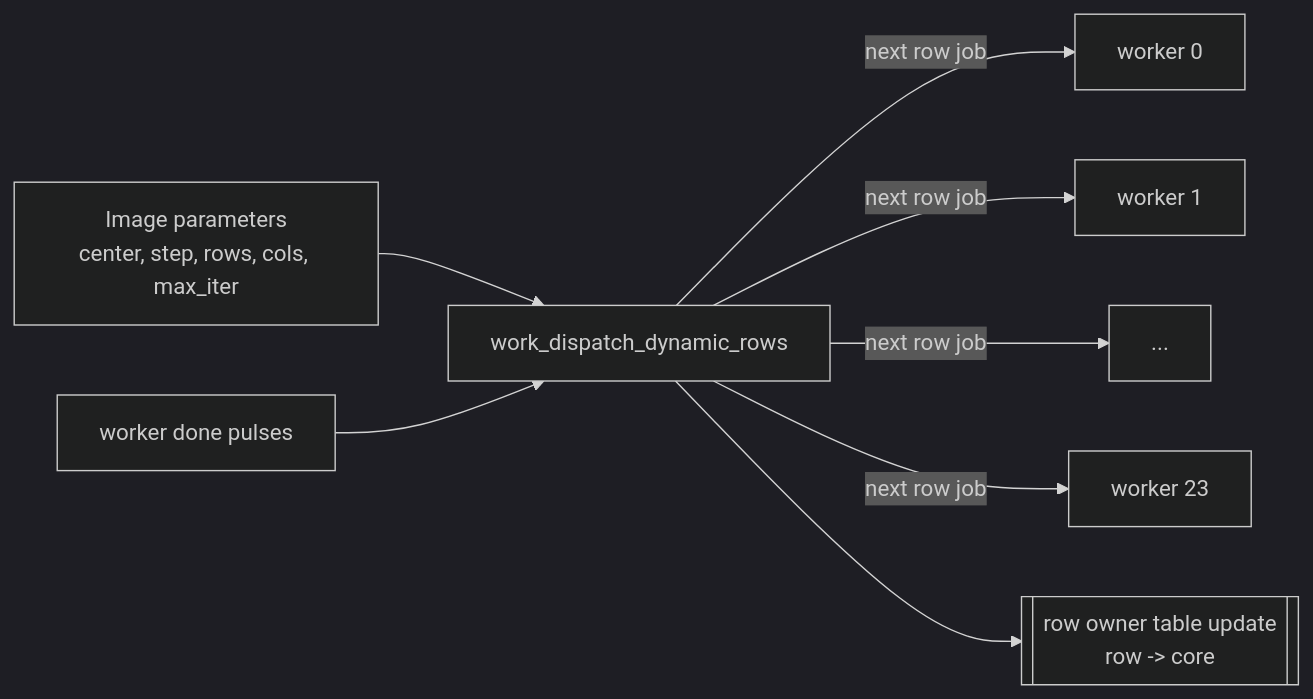
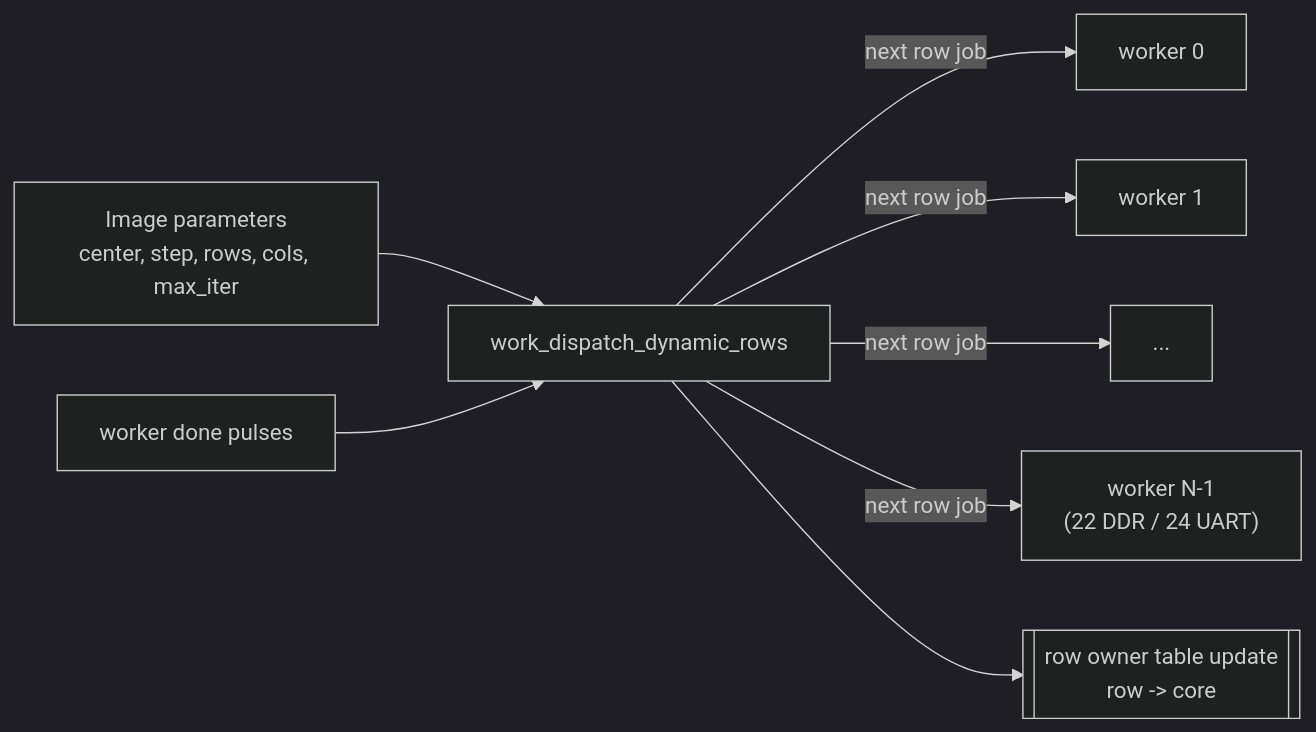
Before and after one commit to RESBI/FPGA-Mandelbrot-Demo: the fifth of 18 diagrams in doc/ARCHITECTURE.md, drawn with Mermaid (dark theme). The commit also changed other lines of this file and 25 other files, not shown here.

````diff
--- a/doc/ARCHITECTURE.md
+++ b/doc/ARCHITECTURE.md
@@ -408,10 +420,10 @@
 ```mermaid
 flowchart LR
     PARAM["Image parameters<br/>center, step, rows, cols, max_iter"] --> DYN["work_dispatch_dynamic_rows"]
     DONE["worker done pulses"] --> DYN
     DYN -->|"next row job"| C0["worker 0"]
     DYN -->|"next row job"| C1["worker 1"]
     DYN -->|"next row job"| C2["..."]
-    DYN -->|"next row job"| C23["worker 23"]
+    DYN -->|"next row job"| CN["worker N-1<br/>(22 DDR / 24 UART)"]
     DYN --> OWNER[["row owner table update<br/>row -> core"]]
 ```
````
